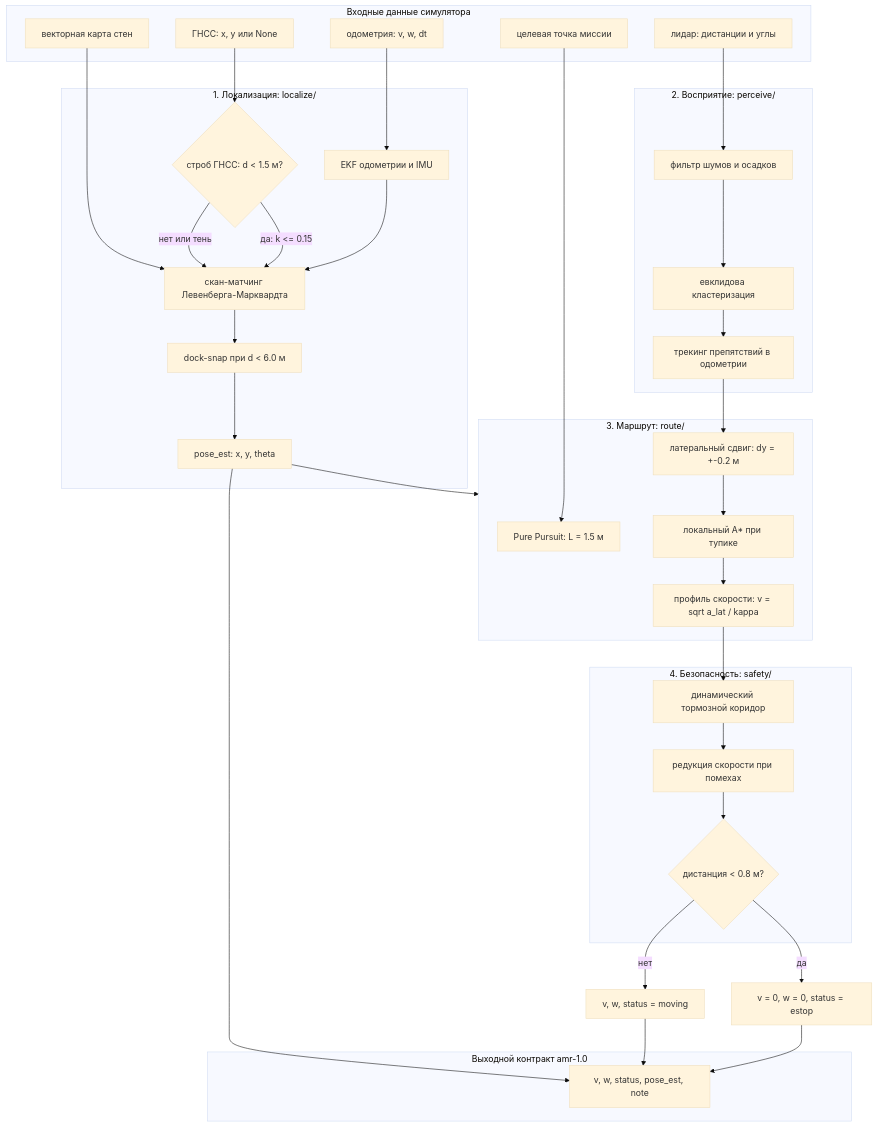
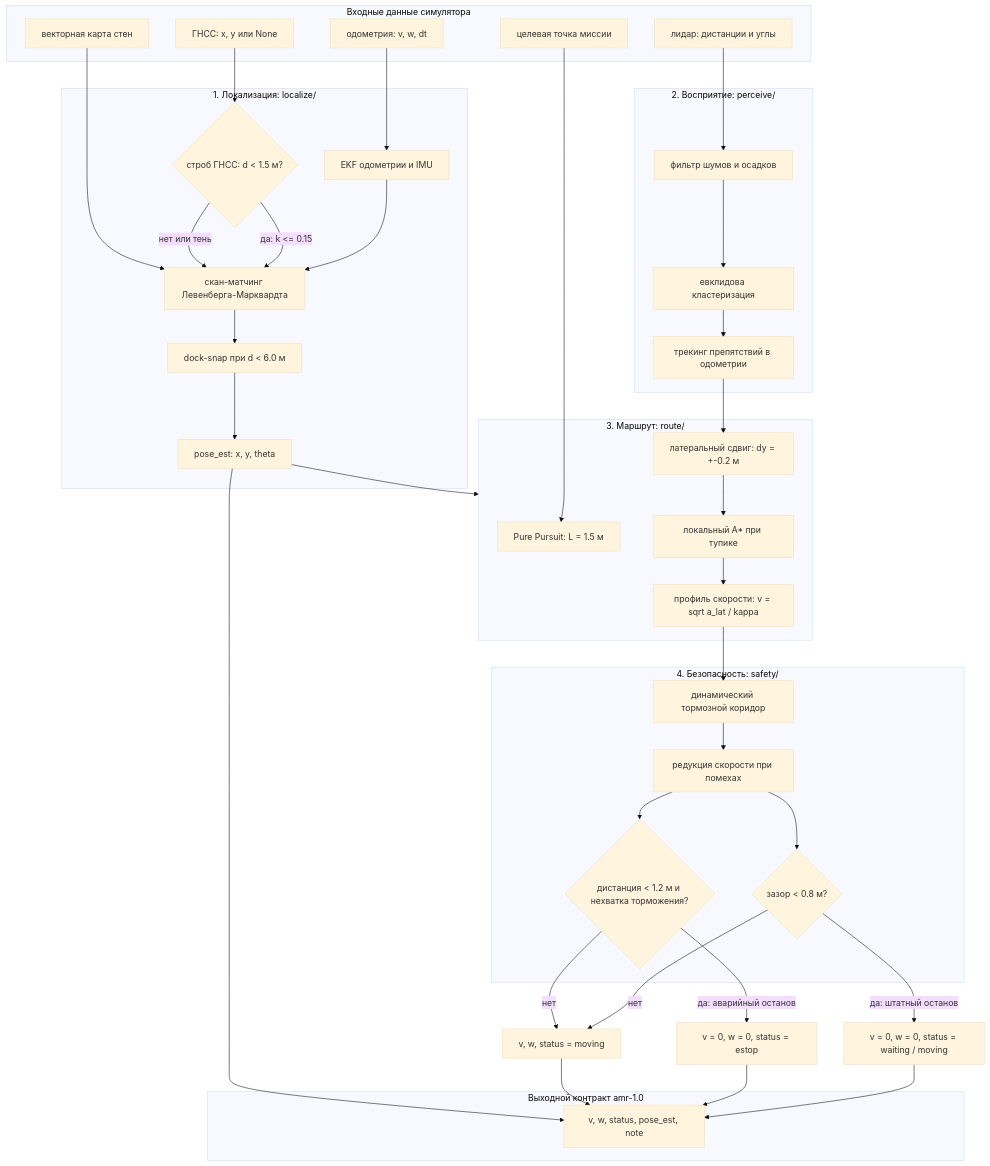
Before and after one commit to p4ulbr4dl3y/amrsim-safe-route: the diagram in APPROACH.md, drawn with Mermaid (base theme). The commit also changed other lines of this file and 15 other files, not shown here.

````diff
--- a/APPROACH.md
+++ b/APPROACH.md
@@ -5,58 +5,63 @@
 ```mermaid
 flowchart TD
     subgraph IN["Входные данные симулятора"]
         S_ODOM["одометрия: v, w, dt"]
         S_LIDAR["лидар: дистанции и углы"]
         S_GNSS["ГНСС: x, y или None"]
         S_MAP["векторная карта стен"]
         S_GOAL["целевая точка миссии"]
     end
 
     subgraph LOC["1. Локализация: localize/"]
         EKF["EKF одометрии и IMU"]
         SCAN["скан-матчинг Левенберга-Марквардта"]
         GATE{"строб ГНСС: d < 1.5 м?"}
         SNAP["dock-snap при d < 6.0 м"]
         EKF --> SCAN
         S_GNSS --> GATE
         GATE -- да: k <= 0.15 --> SCAN
         GATE -- нет или тень --> SCAN
         SCAN --> SNAP
         SNAP --> POSE["pose_est: x, y, theta"]
     end
 
     subgraph PERC["2. Восприятие: perceive/"]
         FLT["фильтр шумов и осадков"]
         CLUST["евклидова кластеризация"]
         TRACK["трекинг препятствий в одометрии"]
         S_LIDAR --> FLT --> CLUST --> TRACK
     end
 
     subgraph ROUTE["3. Маршрут: route/"]
         PP["Pure Pursuit: L = 1.5 м"]
         SHIFT["латеральный сдвиг: dy = +-0.2 м"]
         ASTAR["локальный A* при тупике"]
         VPROF["профиль скорости: v = sqrt a_lat / kappa"]
         S_GOAL --> PP
         TRACK --> SHIFT
         SHIFT --> ASTAR --> VPROF
     end
 
     subgraph SAFE["4. Безопасность: safety/"]
         CORR["динамический тормозной коридор"]
         BRAKE["редукция скорости при помехах"]
-        ESTOP{"дистанция < 0.8 м?"}
-        VPROF --> CORR --> BRAKE --> ESTOP
+        STOP_CHECK{"зазор < 0.8 м?"}
+        ESTOP_CHECK{"дистанция < 1.2 м и нехватка торможения?"}
+        VPROF --> CORR --> BRAKE
+        BRAKE --> STOP_CHECK
+        BRAKE --> ESTOP_CHECK
     end
 
     subgraph OUT["Выходной контракт amr-1.0"]
         CMD["v, w, status, pose_est, note"]
     end
 
     S_ODOM --> EKF
     S_MAP --> SCAN
     POSE --> ROUTE
-    ESTOP -- да --> STOP["v = 0, w = 0, status = estop"] --> CMD
-    ESTOP -- нет --> EXEC["v, w, status = moving"] --> CMD
+    STOP_CHECK -- да: штатный останов --> STOP["v = 0, w = 0, status = waiting / moving"] --> CMD
+    ESTOP_CHECK -- да: аварийный останов --> ESTOP_CMD["v = 0, w = 0, status = estop"] --> CMD
+    STOP_CHECK -- нет --> EXEC["v, w, status = moving"] --> CMD
+    ESTOP_CHECK -- нет --> EXEC
     POSE --> CMD
 ```
````
